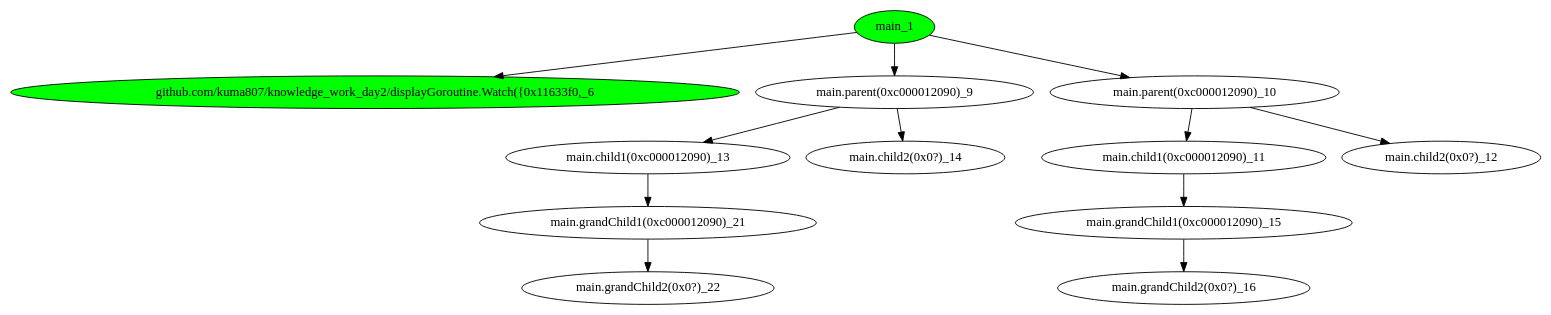
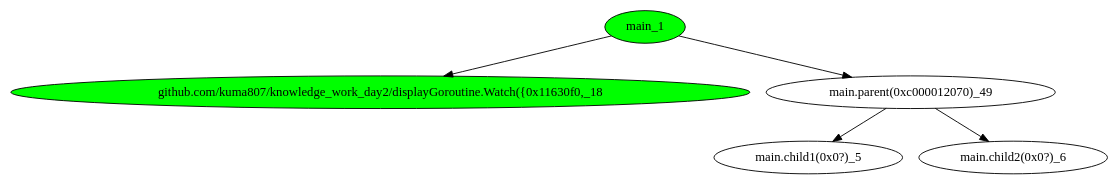
The diagram in main_testGoroutine/tree_0.dot (kuma807/knowledge_work_day2), drawn with Graphviz before and after one commit. The commit also changed 35 other files, not shown here.

```diff
--- a/main_testGoroutine/tree_0.dot
+++ b/main_testGoroutine/tree_0.dot
@@ -1,26 +1,12 @@
 digraph G {
-	"main_1"->"github.com/kuma807/knowledge_work_day2/displayGoroutine.Watch({0x11633f0,_6";
-	"main_1"->"main.parent(0xc000012090)_9";
-	"main_1"->"main.parent(0xc000012090)_10";
-	"main.parent(0xc000012090)_10"->"main.child1(0xc000012090)_11";
-	"main.parent(0xc000012090)_10"->"main.child2(0x0?)_12";
-	"main.parent(0xc000012090)_9"->"main.child1(0xc000012090)_13";
-	"main.parent(0xc000012090)_9"->"main.child2(0x0?)_14";
-	"main.child1(0xc000012090)_11"->"main.grandChild1(0xc000012090)_15";
-	"main.grandChild1(0xc000012090)_15"->"main.grandChild2(0x0?)_16";
-	"main.child1(0xc000012090)_13"->"main.grandChild1(0xc000012090)_21";
-	"main.grandChild1(0xc000012090)_21"->"main.grandChild2(0x0?)_22";
-	"github.com/kuma807/knowledge_work_day2/displayGoroutine.Watch({0x11633f0,_6" [ fillcolor="#00FF00", style="solid,filled" ];
-	"main.child1(0xc000012090)_11";
-	"main.child1(0xc000012090)_13";
-	"main.child2(0x0?)_12";
-	"main.child2(0x0?)_14";
-	"main.grandChild1(0xc000012090)_15";
-	"main.grandChild1(0xc000012090)_21";
-	"main.grandChild2(0x0?)_16";
-	"main.grandChild2(0x0?)_22";
-	"main.parent(0xc000012090)_10";
-	"main.parent(0xc000012090)_9";
+	"main_1"->"github.com/kuma807/knowledge_work_day2/displayGoroutine.Watch({0x11630f0,_18";
+	"main_1"->"main.parent(0xc000012070)_49";
+	"main.parent(0xc000012070)_49"->"main.child1(0x0?)_5";
+	"main.parent(0xc000012070)_49"->"main.child2(0x0?)_6";
+	"github.com/kuma807/knowledge_work_day2/displayGoroutine.Watch({0x11630f0,_18" [ fillcolor="#00FF00", style="solid,filled" ];
+	"main.child1(0x0?)_5";
+	"main.child2(0x0?)_6";
+	"main.parent(0xc000012070)_49";
 	"main_1" [ fillcolor="#00FF00", style="solid,filled" ];
 
 }
```
